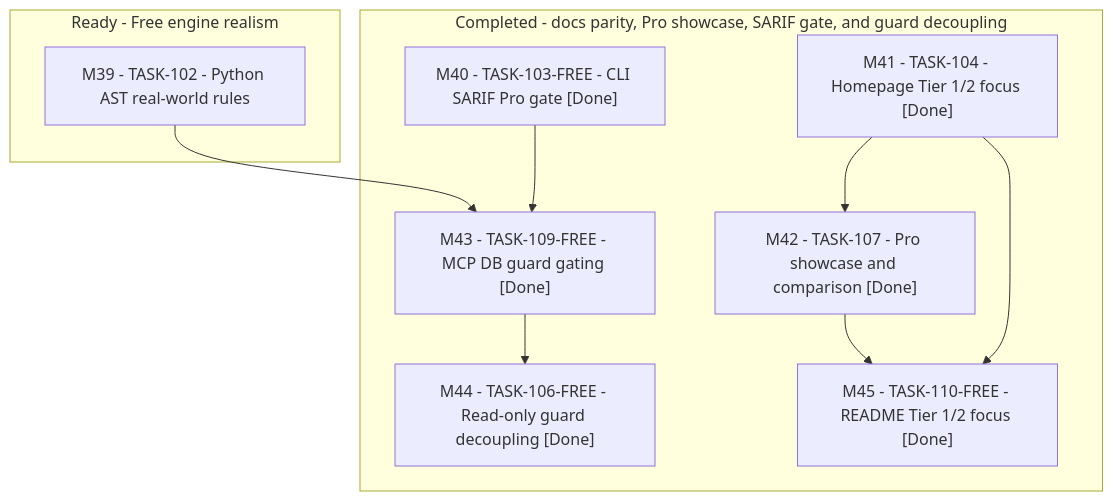
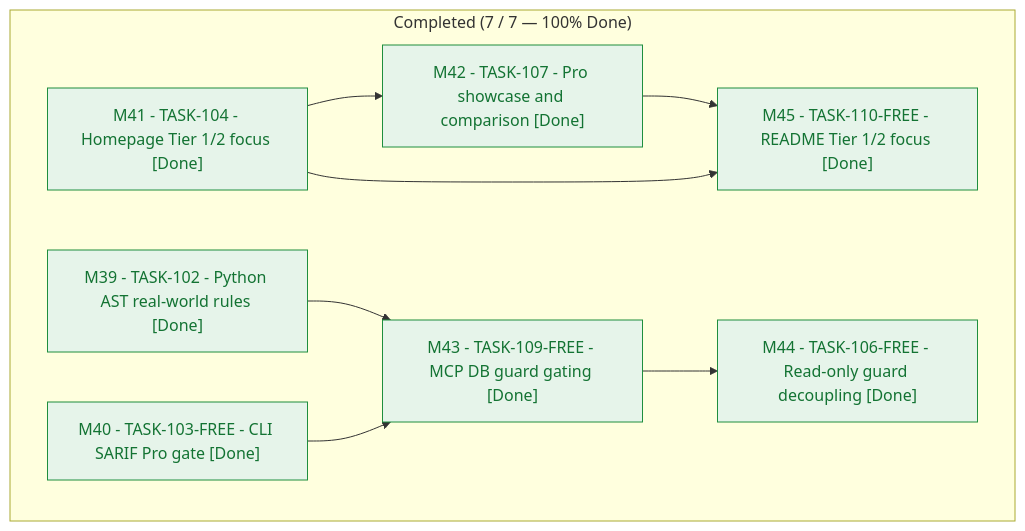
One commit to JMartynov/verityredteam-free changed the diagram in docs/reports/FEATURE_REALISM_ACTION_PLAN_AND_TASKS.md. Above: the diagram before and after it, drawn with Mermaid. The commit also changed other lines of this file and 6 other files, not shown here.

Commit message:
docs(M39): mark M39 and M43 Done, update AST docs, and rebuild docs portal

```diff
--- a/docs/reports/FEATURE_REALISM_ACTION_PLAN_AND_TASKS.md
+++ b/docs/reports/FEATURE_REALISM_ACTION_PLAN_AND_TASKS.md
@@ -28,22 +32,22 @@
 ~~~mermaid
 flowchart TD
-  subgraph Completed["Completed - docs parity, Pro showcase, SARIF gate, and guard decoupling"]
-    M40["M40 - TASK-103-FREE - CLI SARIF Pro gate [Done]"]
-    M41["M41 - TASK-104 - Homepage Tier 1/2 focus [Done]"]
-    M42["M42 - TASK-107 - Pro showcase and comparison [Done]"]
-    M43["M43 - TASK-109-FREE - MCP DB guard gating [Done]"]
-    M44["M44 - TASK-106-FREE - Read-only guard decoupling [Done]"]
-    M45["M45 - TASK-110-FREE - README Tier 1/2 focus [Done]"]
-  end
-  subgraph Ready["Ready - Free engine realism"]
-    M39["M39 - TASK-102 - Python AST real-world rules"]
+  classDef done fill:#e6f4ea,stroke:#1e8e3e,color:#137333
+
+  subgraph Completed["Completed (7 / 7 — 100% Done)"]
+    M39["M39 - TASK-102 - Python AST real-world rules [Done]"]:::done
+    M40["M40 - TASK-103-FREE - CLI SARIF Pro gate [Done]"]:::done
+    M41["M41 - TASK-104 - Homepage Tier 1/2 focus [Done]"]:::done
+    M42["M42 - TASK-107 - Pro showcase and comparison [Done]"]:::done
+    M43["M43 - TASK-109-FREE - MCP DB guard gating [Done]"]:::done
+    M44["M44 - TASK-106-FREE - Read-only guard decoupling [Done]"]:::done
+    M45["M45 - TASK-110-FREE - README Tier 1/2 focus [Done]"]:::done
   end
 
   M41 --> M42
   M42 --> M45
   M41 --> M45
 
   M39 --> M43
   M40 --> M43
   M43 --> M44
 ~~~
```
